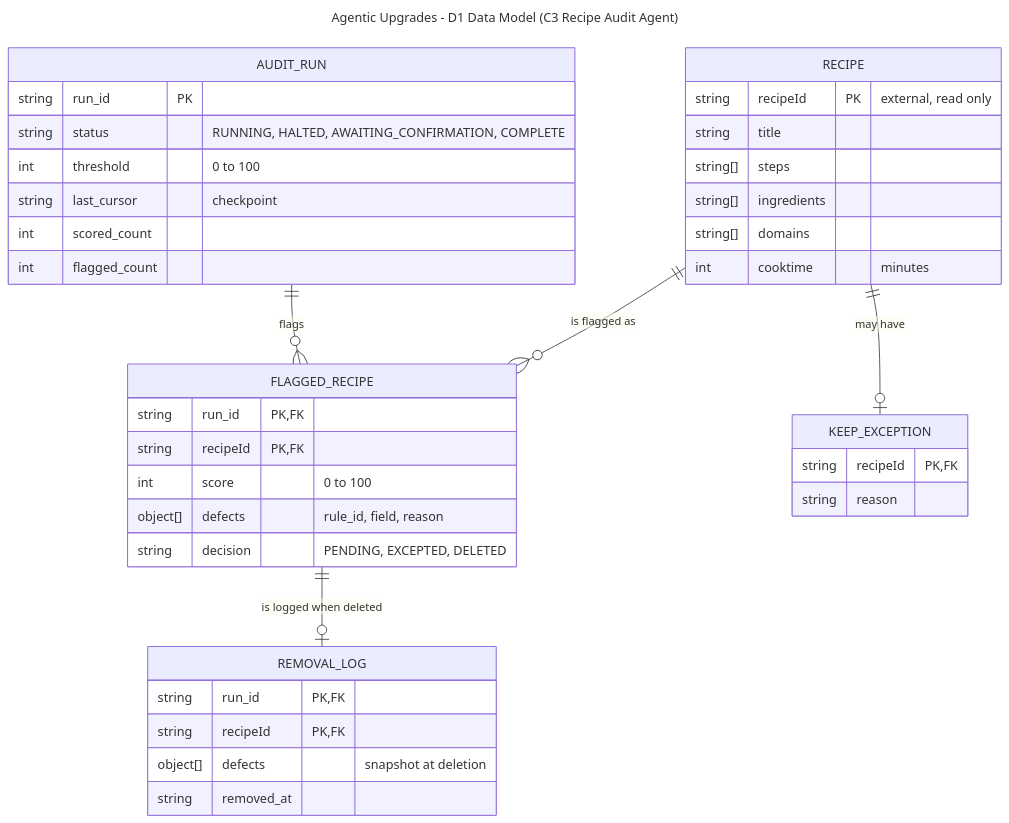
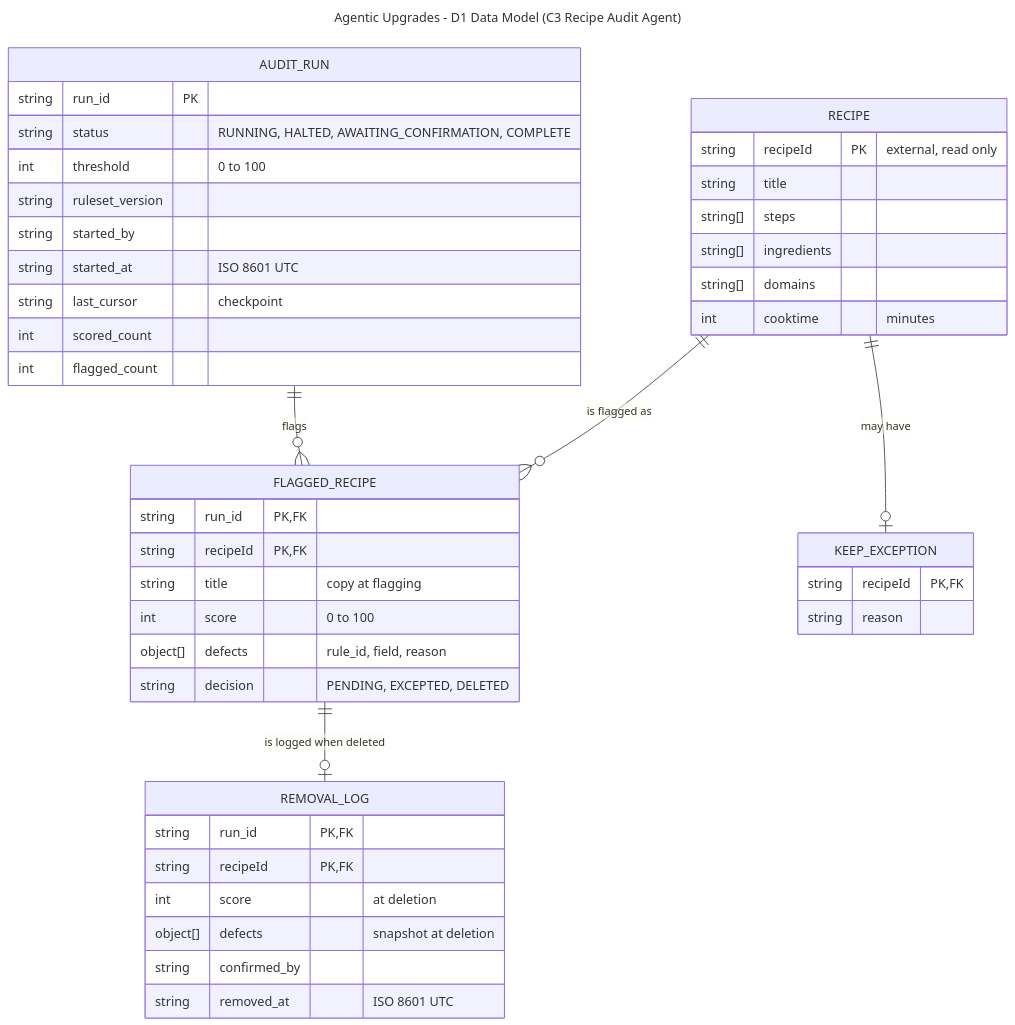
Before and after one commit to Dan-Nassirharand/capstone: the diagram in Design_Diagrams/D1_Detailed_Design.md, drawn with Mermaid. The commit also changed other lines of this file, not shown here.

````diff
--- a/Design_Diagrams/D1_Detailed_Design.md
+++ b/Design_Diagrams/D1_Detailed_Design.md
@@ -24,48 +38,54 @@
 ```mermaid
 ---
 title: "Agentic Upgrades - D1 Data Model (C3 Recipe Audit Agent)"
 ---
 erDiagram
   AUDIT_RUN ||--o{ FLAGGED_RECIPE : "flags"
   RECIPE ||--o{ FLAGGED_RECIPE : "is flagged as"
   FLAGGED_RECIPE ||--o| REMOVAL_LOG : "is logged when deleted"
   RECIPE ||--o| KEEP_EXCEPTION : "may have"
 
   AUDIT_RUN {
     string run_id PK
     string status "RUNNING, HALTED, AWAITING_CONFIRMATION, COMPLETE"
     int threshold "0 to 100"
+    string ruleset_version
+    string started_by
+    string started_at "ISO 8601 UTC"
     string last_cursor "checkpoint"
     int scored_count
     int flagged_count
   }
 
   RECIPE {
     string recipeId PK "external, read only"
     string title
     string[] steps
     string[] ingredients
     string[] domains
     int cooktime "minutes"
   }
 
   FLAGGED_RECIPE {
     string run_id PK, FK
     string recipeId PK, FK
+    string title "copy at flagging"
     int score "0 to 100"
     object[] defects "rule_id, field, reason"
     string decision "PENDING, EXCEPTED, DELETED"
   }
 
   KEEP_EXCEPTION {
     string recipeId PK, FK
     string reason
   }
 
   REMOVAL_LOG {
     string run_id PK, FK
     string recipeId PK, FK
+    int score "at deletion"
     object[] defects "snapshot at deletion"
-    string removed_at
+    string confirmed_by
+    string removed_at "ISO 8601 UTC"
   }
 ```
````
